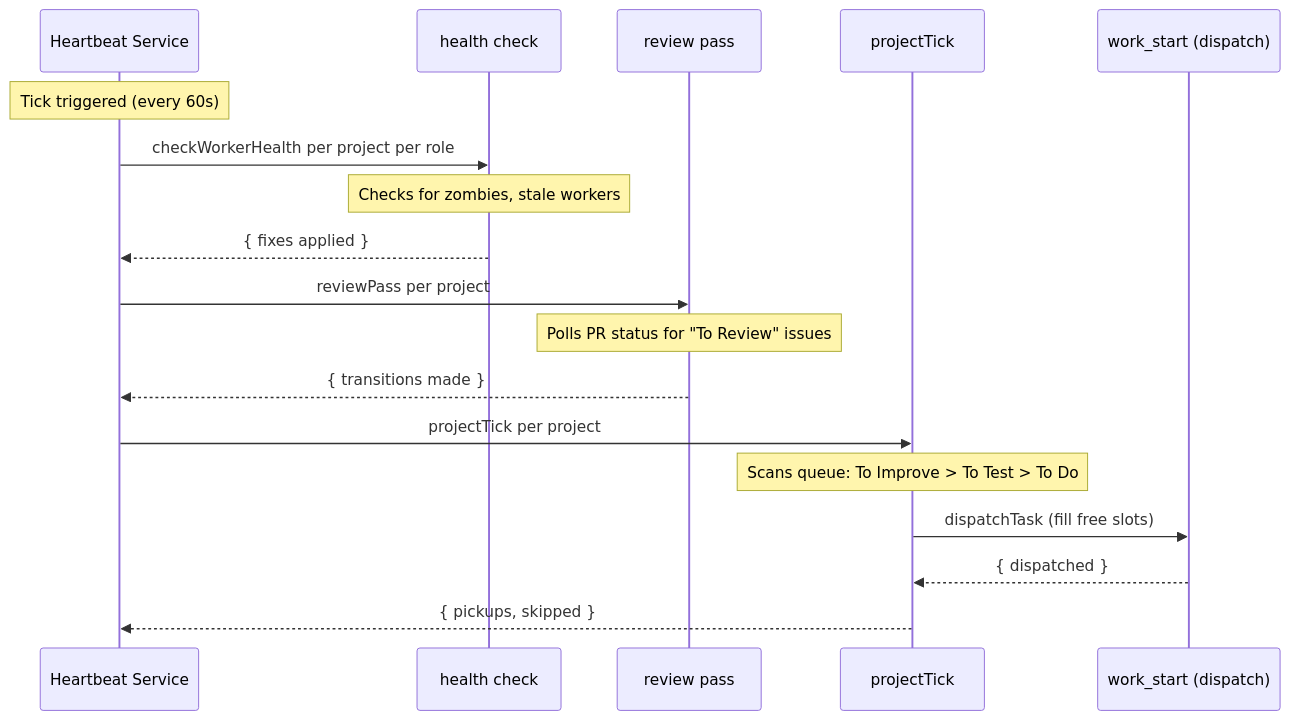
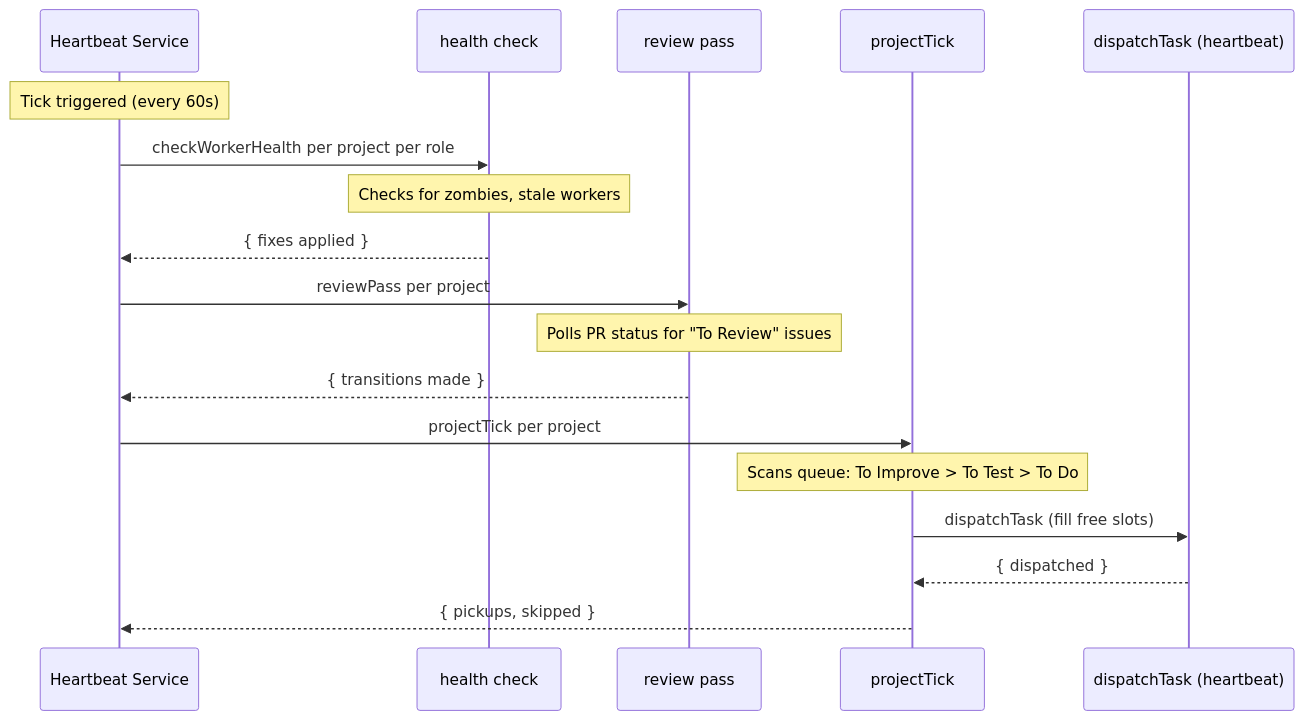
Before and after one commit to laurentenhoor/devclaw: diagram 11 of 13 in docs/ARCHITECTURE.md, drawn with Mermaid. The commit also changed other lines of this file and 29 other files, not shown here.

````diff
--- a/docs/ARCHITECTURE.md
+++ b/docs/ARCHITECTURE.md
@@ -498,23 +500,23 @@
 ```mermaid
 sequenceDiagram
     participant HB as Heartbeat Service
     participant SH as health check
     participant RV as review pass
     participant TK as projectTick
-    participant WS as work_start (dispatch)
+    participant WS as dispatchTask (heartbeat)
     Note over HB: Tick triggered (every 60s)
 
     HB->>SH: checkWorkerHealth per project per role
     Note over SH: Checks for zombies, stale workers
     SH-->>HB: { fixes applied }
 
     HB->>RV: reviewPass per project
     Note over RV: Polls PR status for "To Review" issues
     RV-->>HB: { transitions made }
 
     HB->>TK: projectTick per project
     Note over TK: Scans queue: To Improve > To Test > To Do
     TK->>WS: dispatchTask (fill free slots)
     WS-->>TK: { dispatched }
     TK-->>HB: { pickups, skipped }
 ```
````
